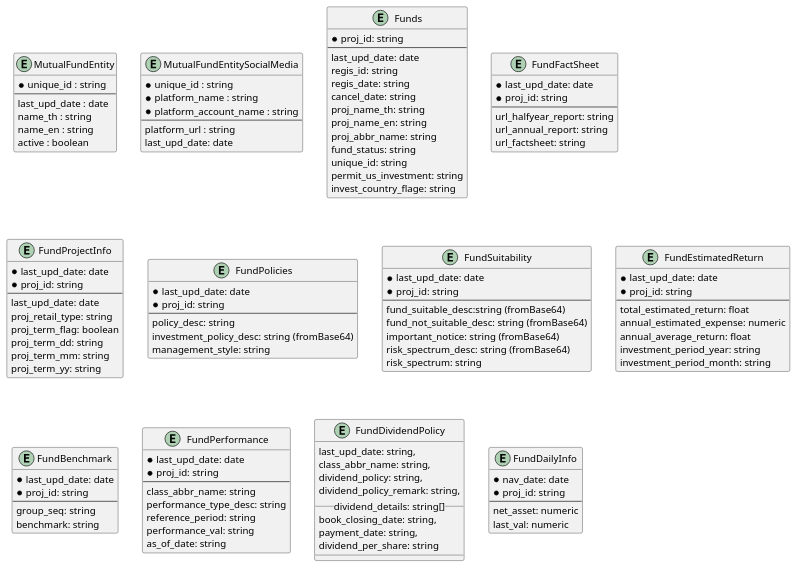
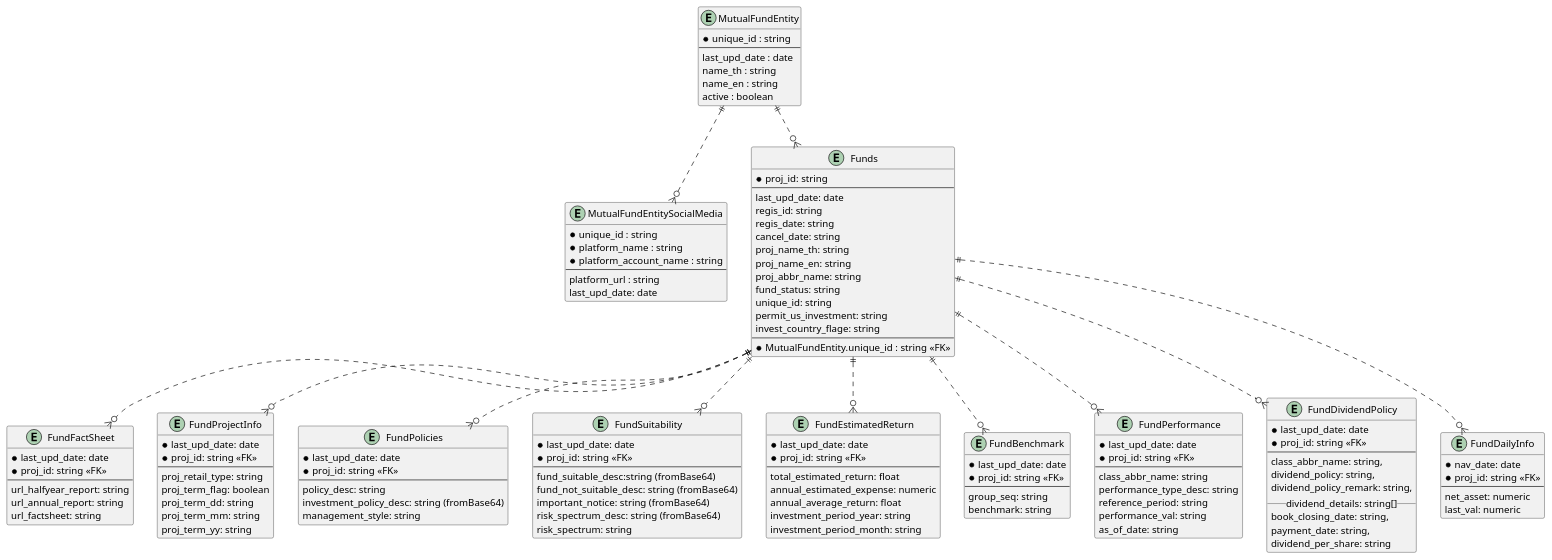
One commit to FaiiFaiipuipui/CuHighTech24Hackathon_Backend changed the diagram in documentation/DatabaseERD.puml. Above: the diagram before and after it, drawn with PlantUML.

Commit message:
Add relations

```diff
--- a/documentation/DatabaseERD.puml
+++ b/documentation/DatabaseERD.puml
@@ -1,163 +1,177 @@
 @startuml Database
 
-/' SEC Fund Factsheet API 01 '/
+/' SEC Fund Factsheet API 01 y'/
 entity MutualFundEntity {
     *unique_id : string
     /' รหัสบลจ '/
     --
     last_upd_date : date
     name_th : string
     name_en : string
     active : boolean
 }
 
 entity MutualFundEntitySocialMedia {
     *unique_id : string
     *platform_name : string
     *platform_account_name : string
     --
     platform_url : string
     last_upd_date: date
 }
 
-/' SEC Fund Factsheet API 02 '/
+/' SEC Fund Factsheet API 02 y'/
 entity Funds {
     * proj_id: string
     --
     last_upd_date: date
     regis_id: string
     regis_date: string
     cancel_date: string
     proj_name_th: string
     proj_name_en: string
     proj_abbr_name: string
     fund_status: string
     /'สถานะกอง
     SE = อนุมัติ(อยู่ระหว่าง Filing)
     EX = หมดเวลาเสนอขาย
     RG = จดทะเบียน
     CA = เลิกโครงการ
     LI = จดทะเบียนเลิก '/
     unique_id: string
     permit_us_investment: string
     invest_country_flage: string
     /' การลงทุนต่างประเทศ
 	1 = กองทุนรวมที่เน้นลงทุนแบบมีความเสี่ยงต่างประเทศ
 	2 = ลงทุนในต่างประเทศบางส่วน
 	3 = กองทุนที่ลงทุนแบบไม่มีความเสี่ยงต่างประเทศ
 	4 = กองทุนที่ลงทุนแบบมีความเสี่ยงทั้งในและต่างประเทศ '/
+    --
+    * MutualFundEntity.unique_id : string <<FK>>
 }
 
-/' SEC Fund Factsheet API 04 '/
+/' SEC Fund Factsheet API 04 y'/
 entity FundFactSheet {
     * last_upd_date: date
-    * proj_id: string
+    * proj_id: string <<FK>>
     --
     url_halfyear_report: string
     url_annual_report: string
     url_factsheet: string
 }
 
 /' SEC Fund Factsheet API 07 '/
 entity FundProjectInfo {
     * last_upd_date: date
-    * proj_id: string
+    * proj_id: string <<FK>>
     --
-    last_upd_date: date
     proj_retail_type: string
     /'     ลักษณะโครงการ -- R , A , N , G , X, H , {null}  
     A กองทุนรวมที่เสนอขายเฉพาะผู้ลงทุนที่มิใช่รายย่อย
     B กองทุนรวมที่เสนอขายเฉพาะผู้มีเงินลงทุนสูง
     G กองทุนรวมพิเศษเพื่อตอบสนองนโยบายภาครัฐ
     H กองทุนรวมที่เสนอขายผู้ลงทุนที่มิใช่รายย่อยและผู้มีเงินลงทุนสูง
     N กองทุนเพื่อผู้ลงทุนสถาบัน
     R กองทุนเพื่อผู้ลงทุนทั่วไป
     X กองทุนรวมที่เสนอขายผู้ลงทุนสถาบันและผู้ลงทุนรายใหญ่พิเศษ  '/
     proj_term_flag: boolean
     proj_term_dd: string
     proj_term_mm: string
     proj_term_yy: string
 }
 
 /' SEC Fund Factsheet API 08 '/
 entity FundPolicies {
     * last_upd_date: date
-    * proj_id: string
+    * proj_id: string <<FK>>
     --
     policy_desc: string
     investment_policy_desc: string (fromBase64)
     management_style: string
     /' กลยุทธ์การบริหารจัดการกองทุน (Management Style) AM = มุ่งหวังให้ผลประกอบการสูงกว่าดัชนีชี้วัด (active management) BH = มีกลยุทธ์การลงทุนครั้งเดียว (buy-and-hold) SM = มุ่งหวังให้ผลประกอบการเคลื่อนไหวตามดัชนีชี้วัด และในบางโอกาสอาจสร้างผลตอบแทนสูงกว่าดัชนีชี้วัด OT = อื่น ๆ PM = มุ่งหวังให้ผลประกอบการเคลื่อนไหวตามดัชนีชี้วัด (passive management/index tracking) '/
 }
 
-/' SEC Fund Factsheet API 12 '/
+/' SEC Fund Factsheet API 12 y'/
 entity FundSuitability {
     * last_upd_date: date
-    * proj_id: string
+    * proj_id: string <<FK>>
     --
     fund_suitable_desc:string (fromBase64)
     fund_not_suitable_desc: string (fromBase64)
     important_notice: string (fromBase64)
     risk_spectrum_desc: string (fromBase64)
     risk_spectrum: string
     /' Risk Spectrum: 1 - 8+ '/
 }
 
-/' SEC Fund Factsheet API 16 '/
+/' SEC Fund Factsheet API 16 y'/
 entity FundEstimatedReturn {
     * last_upd_date: date
-    * proj_id: string
+    * proj_id: string <<FK>>
     --
     total_estimated_return: float
     annual_estimated_expense: numeric
     annual_average_return: float
     investment_period_year: string
     investment_period_month: string
 }
 
-/' SEC Fund Factsheet API 18 '/
+/' SEC Fund Factsheet API 18 y'/
 entity FundBenchmark {
     * last_upd_date: date
-    * proj_id: string
+    * proj_id: string <<FK>>
     --
     group_seq: string
     benchmark: string
 }
 
 /' SEC Fund Factsheet API 22 '/
 entity FundPerformance {
     * last_upd_date: date
-    * proj_id: string
+    * proj_id: string <<FK>>
     --
     class_abbr_name: string
     performance_type_desc: string
     reference_period: string
     performance_val: string
     as_of_date: string
 }
 
-/' SEC Fund Factsheet API 24 '/
+/' SEC Fund Factsheet API 24 y'/
 entity FundDividendPolicy {
-    last_upd_date: string,
+    * last_upd_date: date
+    * proj_id: string <<FK>>
+    --
     class_abbr_name: string,
     dividend_policy: string,
     dividend_policy_remark: string,
     __dividend_details: string[]__
     book_closing_date: string,
     payment_date: string,
     dividend_per_share: string
-    __
 }
 
-/' SEC Fund Daily Info API 01 '/
+/' SEC Fund Daily Info API 01 y'/
 entity FundDailyInfo {
     * nav_date: date
     /' Net Asset Value Date '/
-    * proj_id: string
+    * proj_id: string <<FK>>
     --
     net_asset: numeric
     last_val: numeric
 }
 
+/' Entity Relations '/
+MutualFundEntity ||..o{ Funds
+MutualFundEntity ||..o{ MutualFundEntitySocialMedia
+Funds ||..o{ FundDailyInfo
+Funds ||..o{ FundPolicies
+Funds ||..o{ FundBenchmark
+Funds ||..o{ FundDividendPolicy
+Funds ||..o{ FundPerformance
+Funds ||..o{ FundSuitability
+Funds ||..o{ FundEstimatedReturn
+Funds ||..o{ FundFactSheet
+Funds ||..o{ FundProjectInfo
 
 @enduml
```
